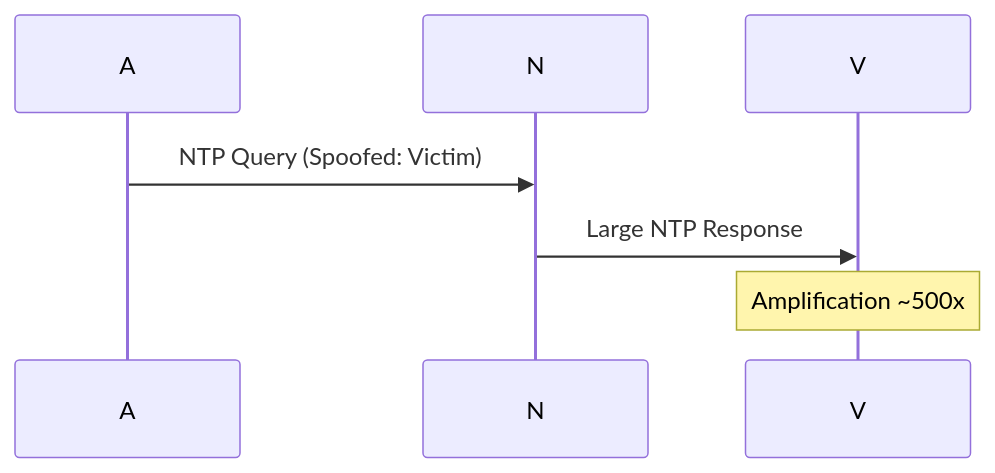
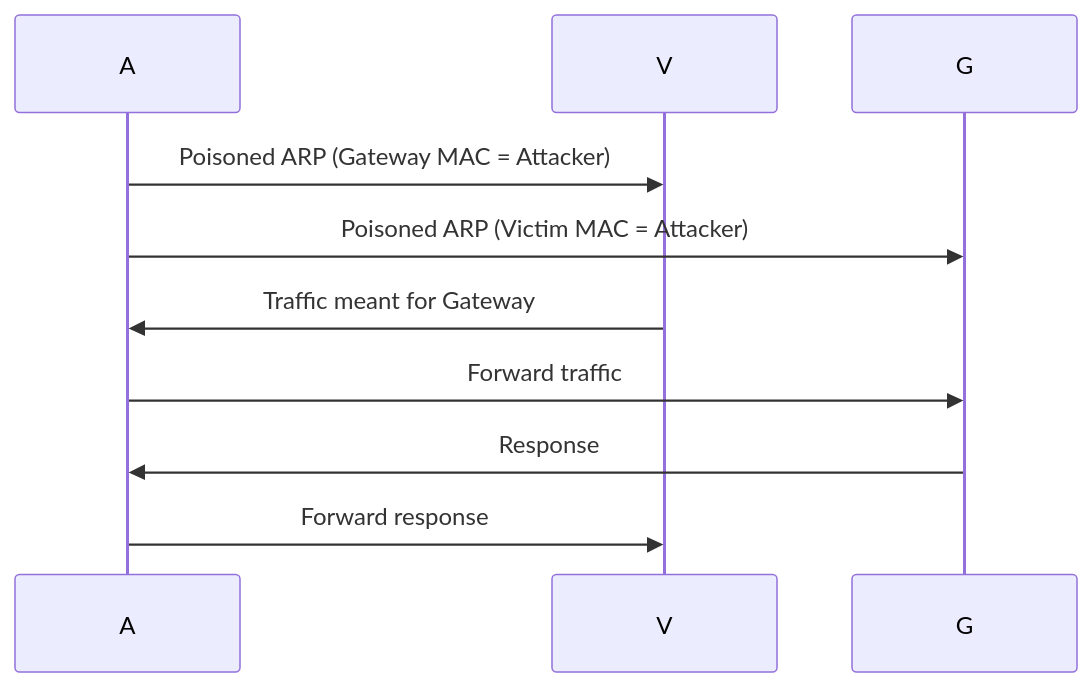
Before and after one commit to Montimage/mmt-attacker: diagram 18 of 20 in docs/PLAYBOOK.md, drawn with Mermaid. The commit also changed other lines of this file and 6 other files, not shown here.

````diff
--- a/docs/PLAYBOOK.md
+++ b/docs/PLAYBOOK.md
@@ -1376,6 +790,9 @@
 ```mermaid
 sequenceDiagram
-    A->>N: NTP Query (Spoofed: Victim)
-    N->>V: Large NTP Response
-    Note over V: Amplification ~500x
+    A->>V: Poisoned ARP (Gateway MAC = Attacker)
+    A->>G: Poisoned ARP (Victim MAC = Attacker)
+    V->>A: Traffic meant for Gateway
+    A->>G: Forward traffic
+    G->>A: Response
+    A->>V: Forward response
 ```
````
